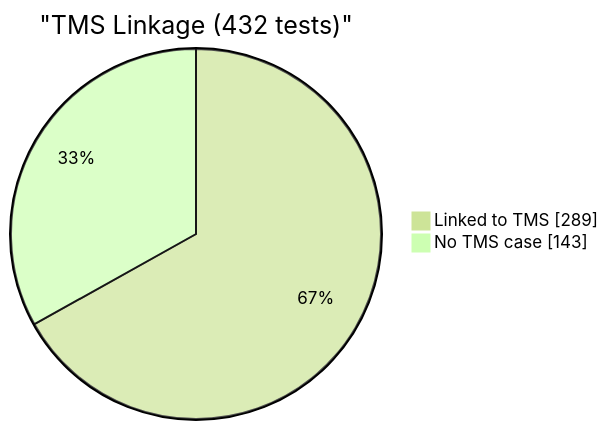
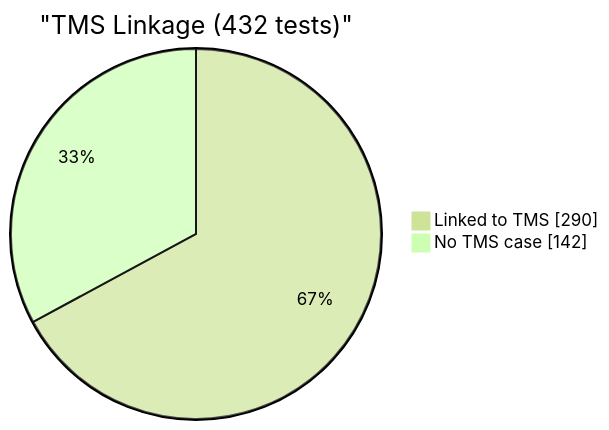
The fourth of 4 diagrams in reports/dashboard.md (EliteaAI/onetest-ai-tm-Elitea), drawn with Mermaid (forest theme) before and after one commit. The commit also changed other lines of this file and 1 other file, not shown here.

````diff
--- a/reports/dashboard.md
+++ b/reports/dashboard.md
@@ -77,6 +77,6 @@
 ```mermaid
 pie showData
     title "TMS Linkage (432 tests)"
-    "Linked to TMS" : 289
-    "No TMS case" : 143
+    "Linked to TMS" : 290
+    "No TMS case" : 142
 ```
````
